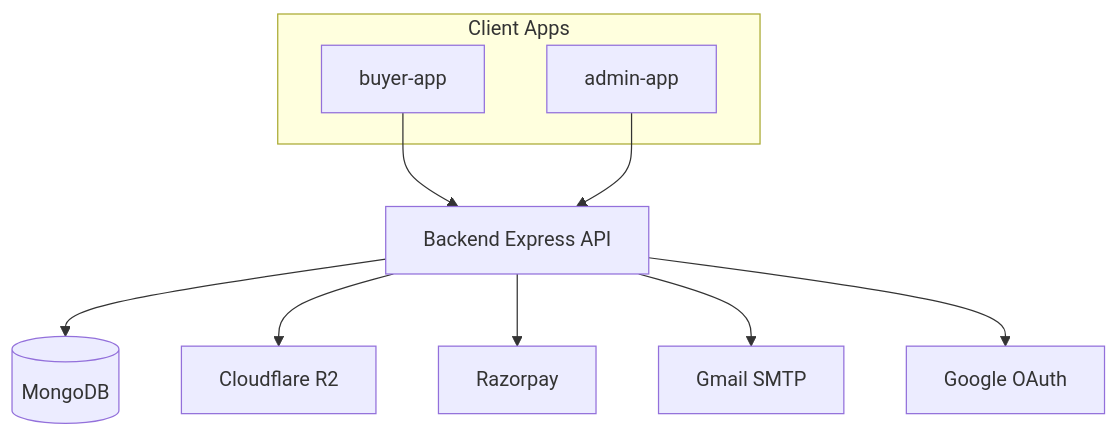
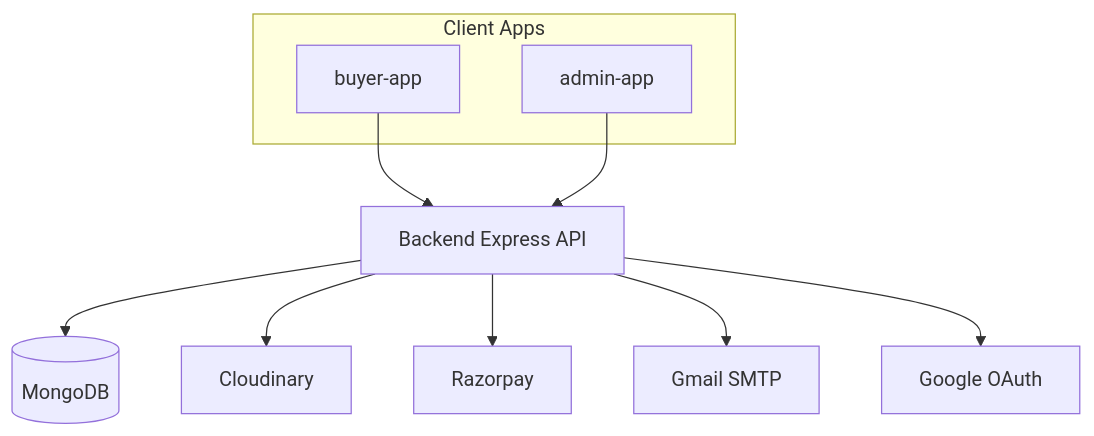
Before and after one commit to Pravin671231/LeafFlow: the second of 4 diagrams in docs/SRS.md, drawn with Mermaid. The commit also changed other lines of this file and 1 other file, not shown here.

Commit message:
docs: switch file storage from Cloudflare R2 to Cloudinary (Issue #41)

````diff
--- a/docs/SRS.md
+++ b/docs/SRS.md
@@ -152,20 +152,20 @@
 ```mermaid
 flowchart TB
   subgraph clients [Client Apps]
     buyer[buyer-app]
     admin[admin-app]
   end
   api[Backend Express API]
   db[(MongoDB)]
-  r2[Cloudflare R2]
+  cloudinary[Cloudinary]
   pay[Razorpay]
   smtp[Gmail SMTP]
   google[Google OAuth]
   buyer --> api
   admin --> api
   api --> db
-  api --> r2
+  api --> cloudinary
   api --> pay
   api --> smtp
   api --> google
 ```
````
